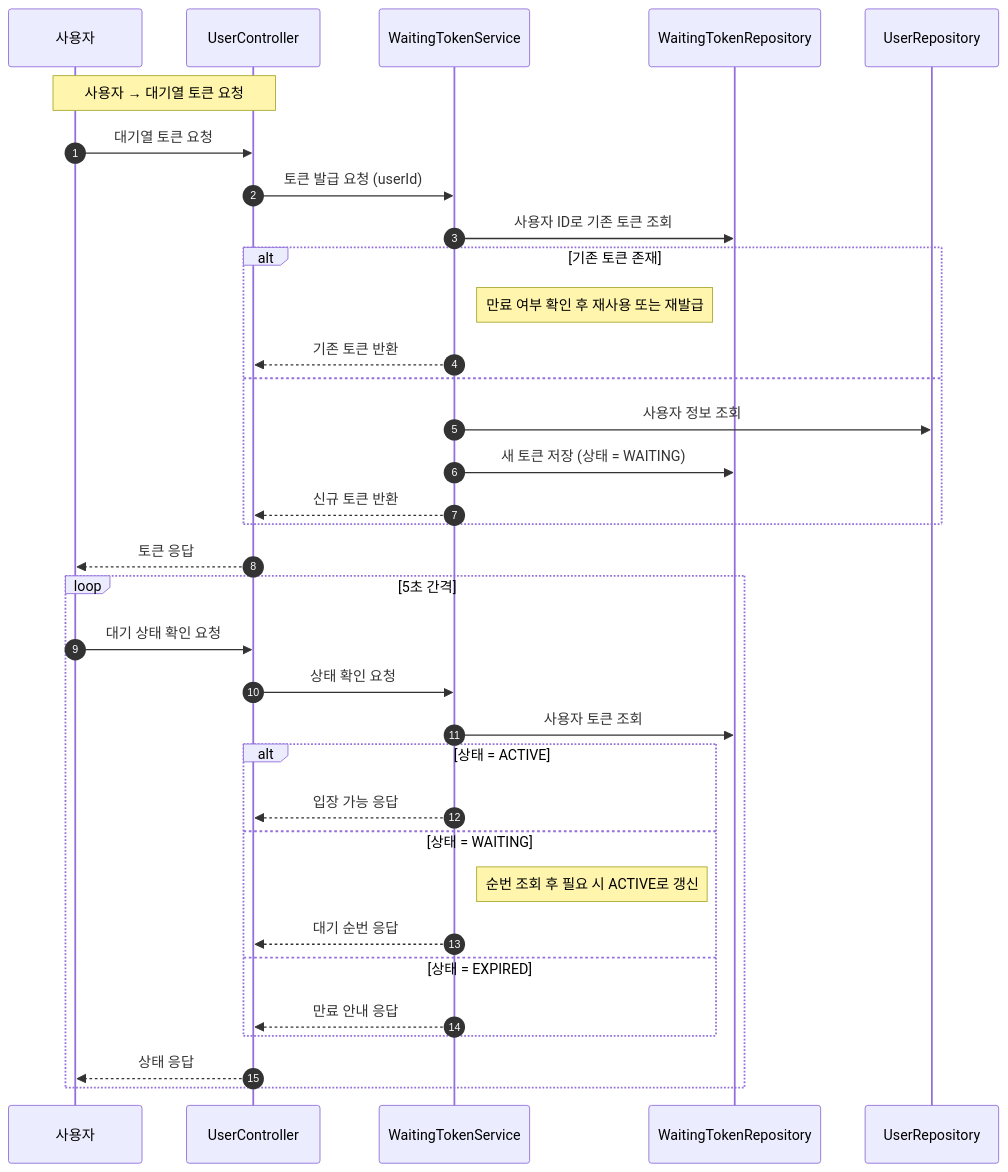
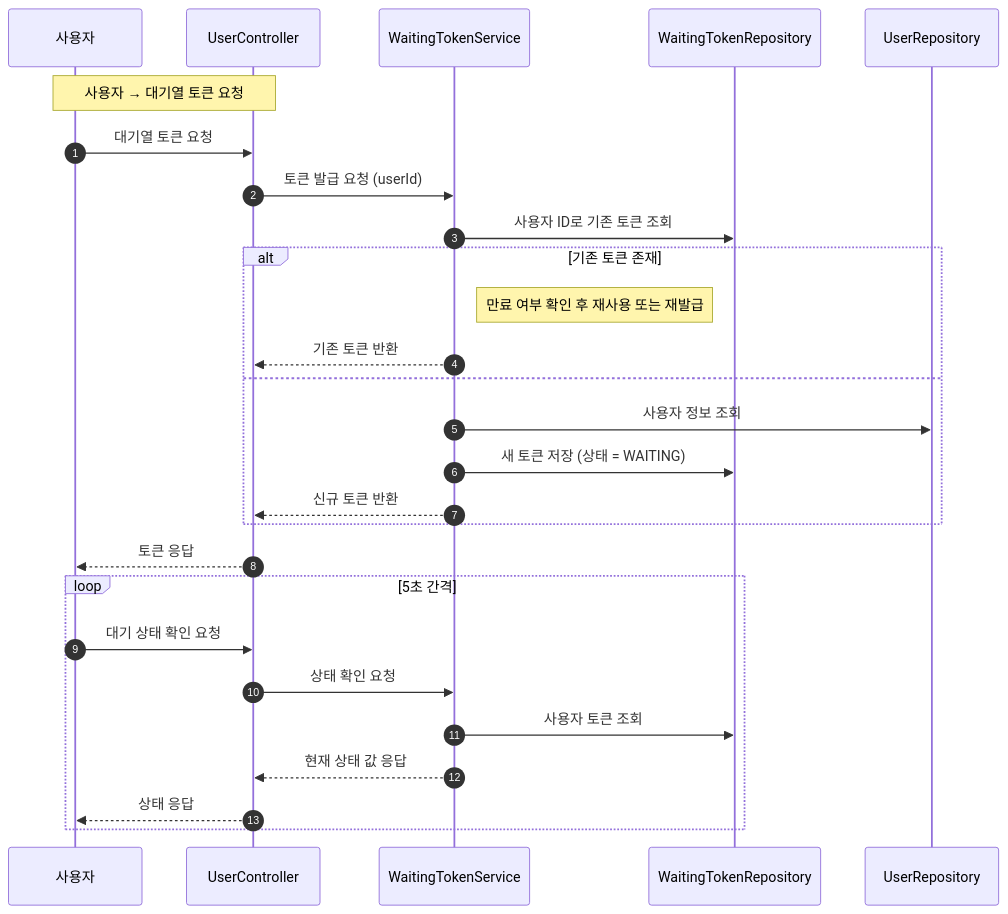
The first of 9 diagrams in docs/SEQUENCE.md (uuununew/concert-system), drawn with Mermaid before and after one commit. The commit also changed other lines of this file, not shown here.

Commit message:
시퀀스 다이어그램 : 수정 완료

````diff
--- a/docs/SEQUENCE.md
+++ b/docs/SEQUENCE.md
@@ -10,42 +10,33 @@
 ```mermaid
 sequenceDiagram
     autonumber
     participant 사용자
     participant UserController
     participant WaitingTokenService
     participant WaitingTokenRepository
     participant UserRepository
 
     note over 사용자, UserController: 사용자 → 대기열 토큰 요청
 
     사용자->>UserController: 대기열 토큰 요청
     UserController->>WaitingTokenService: 토큰 발급 요청 (userId)
     WaitingTokenService->>WaitingTokenRepository: 사용자 ID로 기존 토큰 조회
 
     alt 기존 토큰 존재
         note right of WaitingTokenService: 만료 여부 확인 후 재사용 또는 재발급
         WaitingTokenService-->>UserController: 기존 토큰 반환
     else
         WaitingTokenService->>UserRepository: 사용자 정보 조회
         WaitingTokenService->>WaitingTokenRepository: 새 토큰 저장 (상태 = WAITING)
         WaitingTokenService-->>UserController: 신규 토큰 반환
     end
     UserController-->>사용자: 토큰 응답
 
     loop 5초 간격
         사용자->>UserController: 대기 상태 확인 요청
         UserController->>WaitingTokenService: 상태 확인 요청
         WaitingTokenService->>WaitingTokenRepository: 사용자 토큰 조회
-
-        alt 상태 = ACTIVE
-            WaitingTokenService-->>UserController: 입장 가능 응답
-        else 상태 = WAITING
-            note right of WaitingTokenService: 순번 조회 후 필요 시 ACTIVE로 갱신
-            WaitingTokenService-->>UserController: 대기 순번 응답
-        else 상태 = EXPIRED
-            WaitingTokenService-->>UserController: 만료 안내 응답
-        end
-
+        WaitingTokenService-->>UserController: 현재 상태 값 응답
         UserController-->>사용자: 상태 응답
     end
 ```
````
